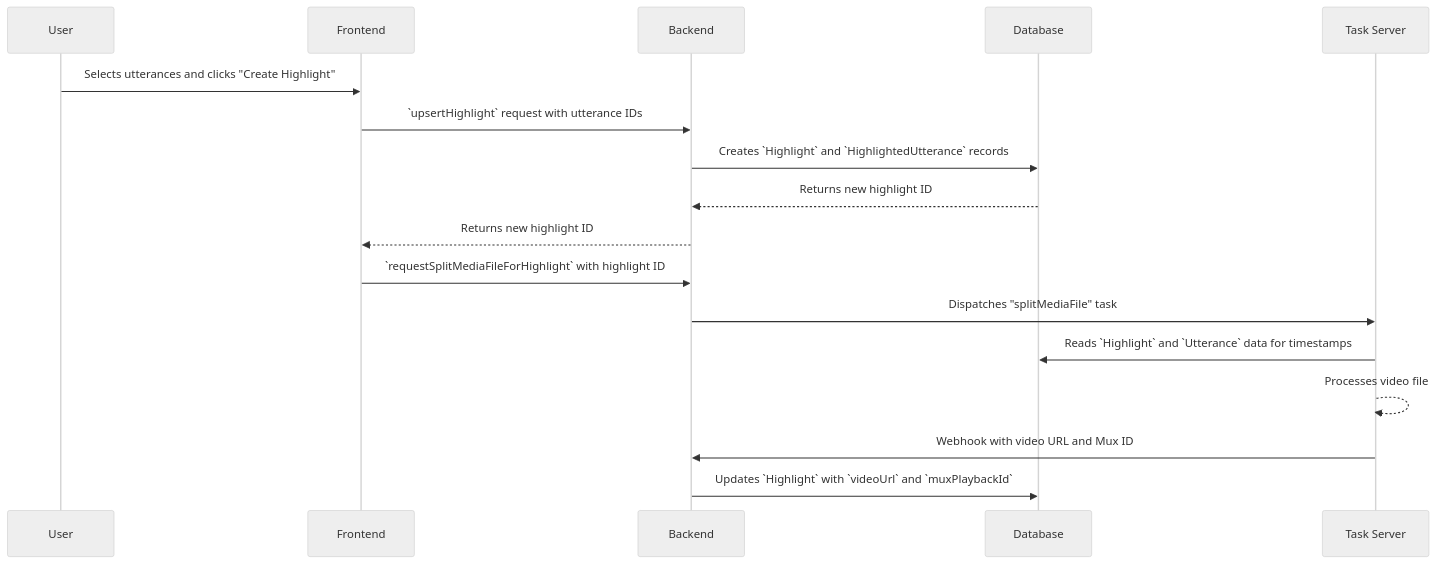
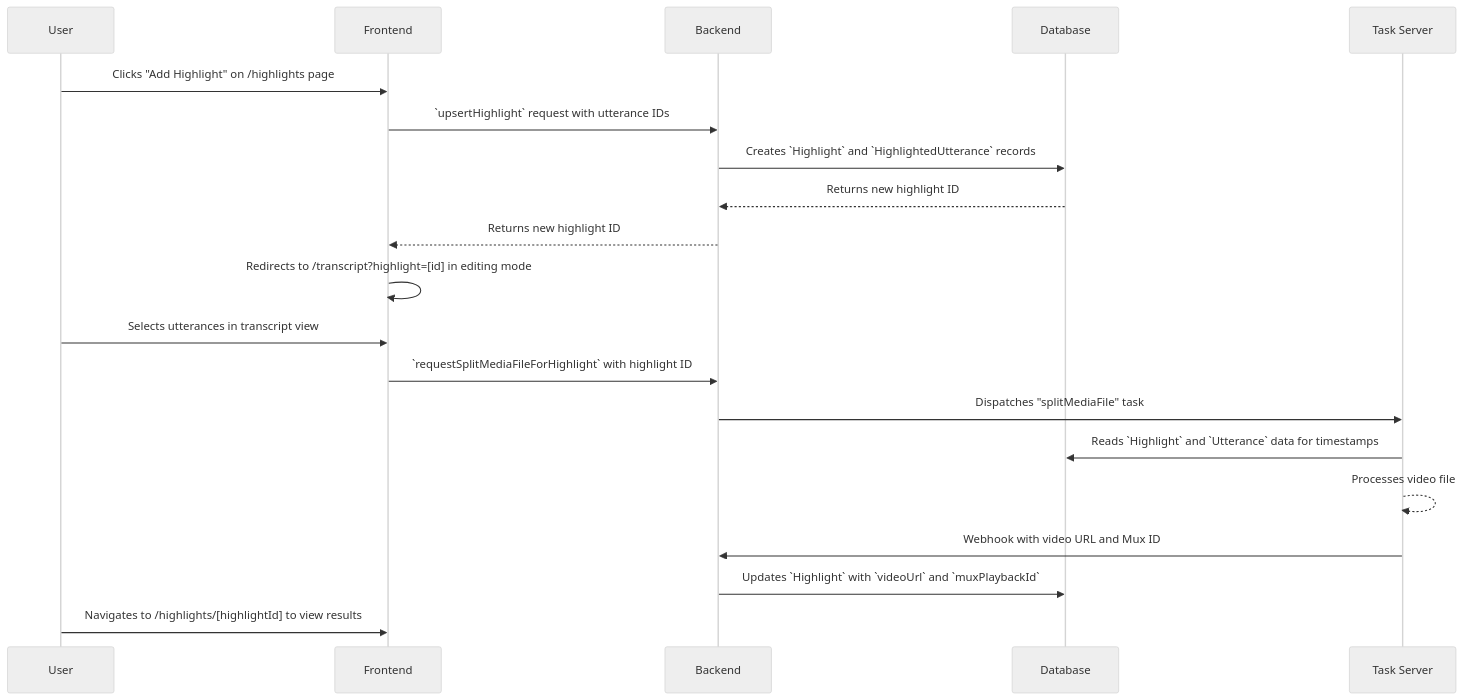
One commit to schemalabz/opencouncil changed the diagram in docs/guides/meeting-highlights.md. Above: the diagram before and after it, drawn with Mermaid (neutral theme). The commit also changed other lines of this file and 8 other files, not shown here.

First line of the commit message:
feat(highlight): refactor highlights management and introduce new highlight details page

````diff
--- a/docs/guides/meeting-highlights.md
+++ b/docs/guides/meeting-highlights.md
@@ -13,20 +20,23 @@
 ```mermaid
 sequenceDiagram
     participant User
     participant Frontend
     participant Backend
     participant Database
     participant Task Server
 
-    User->>Frontend: Selects utterances and clicks "Create Highlight"
+    User->>Frontend: Clicks "Add Highlight" on /highlights page
     Frontend->>Backend: `upsertHighlight` request with utterance IDs
     Backend->>Database: Creates `Highlight` and `HighlightedUtterance` records
     Database-->>Backend: Returns new highlight ID
     Backend-->>Frontend: Returns new highlight ID
+    Frontend->>Frontend: Redirects to /transcript?highlight=[id] in editing mode
+    User->>Frontend: Selects utterances in transcript view
     Frontend->>Backend: `requestSplitMediaFileForHighlight` with highlight ID
     Backend->>Task Server: Dispatches "splitMediaFile" task
     Task Server->>Database: Reads `Highlight` and `Utterance` data for timestamps
     Task Server-->>Task Server: Processes video file
     Task Server->>Backend: Webhook with video URL and Mux ID
     Backend->>Database: Updates `Highlight` with `videoUrl` and `muxPlaybackId`
+    User->>Frontend: Navigates to /highlights/[highlightId] to view results
 ```
````
